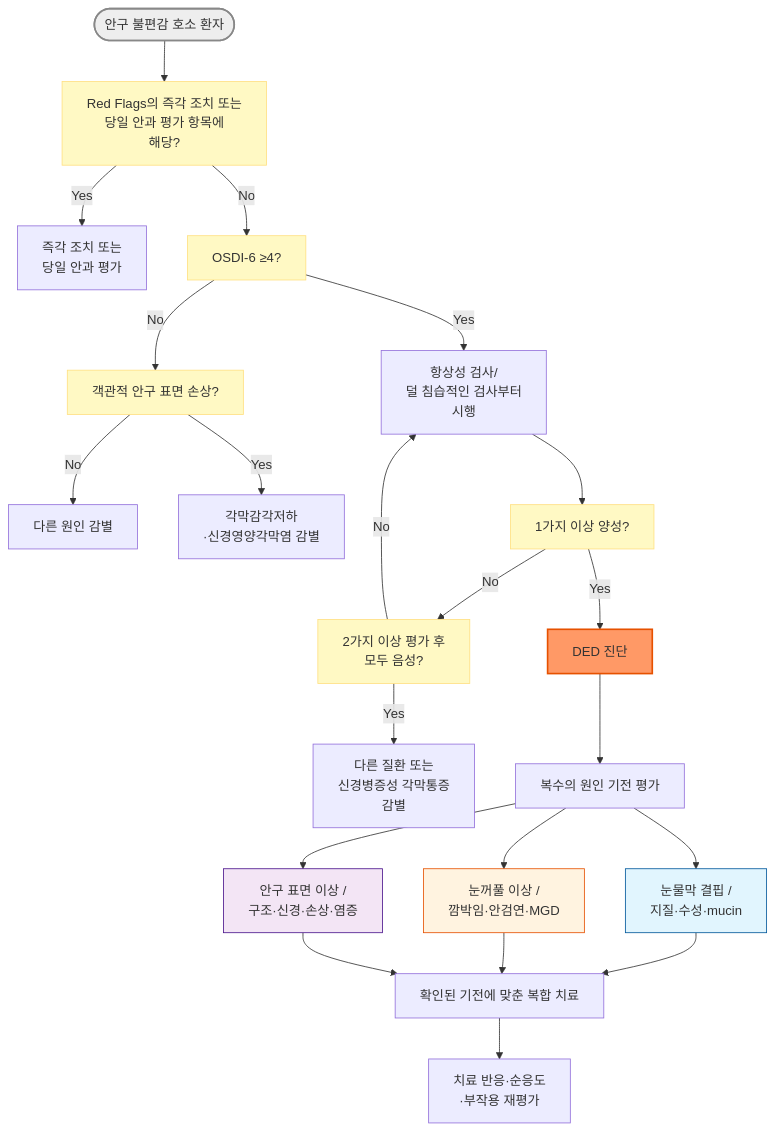
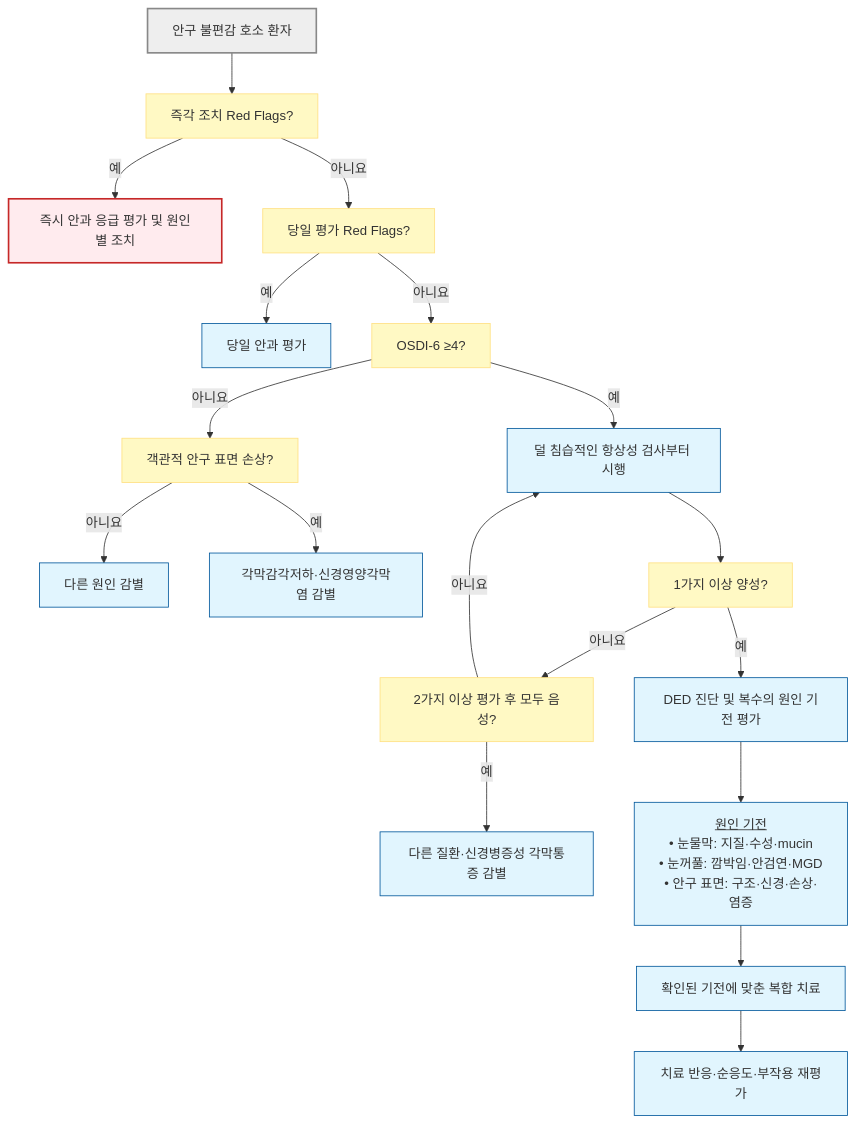
One commit to familyoh77/familyoh77 changed the diagram in 222_/042_-dry-eye.md. Above: the diagram before and after it, drawn with Mermaid. The commit also changed other lines of this file and 9 other files, not shown here.

````diff
--- a/222_/042_-dry-eye.md
+++ b/222_/042_-dry-eye.md
@@ -145,31 +145,28 @@
 ```mermaid
-graph TD
-    Start(["안구 불편감 호소 환자"])
-    Start --> RedFlag["Red Flags의 즉각 조치 또는 <br>당일 안과 평가 항목에 <br>해당?"]
-    RedFlag -- Yes --> Urgent["즉각 조치 또는 <br>당일 안과 평가"]
-    RedFlag -- No --> Screen["OSDI-6 ≥4?"]
-    Screen -- No --> Signs["객관적 안구 표면 손상?"]
-    Signs -- No --> Other["다른 원인 감별"]
-    Signs -- Yes --> Neurotrophic["각막감각저하<br>·신경영양각막염 감별"]
-    Screen -- Yes --> Homeo["항상성 검사/<br>덜 침습적인 검사부터<br>시행"]
+flowchart TD
+    Start["안구 불편감 호소 환자"] --> Emergency["즉각 조치 Red Flags?"]
+    Emergency -- "예" --> Urgent["즉시 안과 응급 평가 및 원인별 조치"]
+    Emergency -- "아니요" --> SameDay["당일 평가 Red Flags?"]
+    SameDay -- "예" --> Review["당일 안과 평가"]
+    SameDay -- "아니요" --> Screen["OSDI-6 ≥4?"]
+    Screen -- "아니요" --> Signs["객관적 안구 표면 손상?"]
+    Signs -- "아니요" --> Other["다른 원인 감별"]
+    Signs -- "예" --> Neuro["각막감각저하·신경영양각막염 감별"]
+    Screen -- "예" --> Homeo["덜 침습적인 항상성 검사부터 시행"]
     Homeo --> Positive["1가지 이상 양성?"]
-    Positive -- No --> Enough["2가지 이상 평가 후<br>모두 음성?"]
-    Enough -- No --> Homeo
-    Enough -- Yes --> Pain["다른 질환 또는 <br>신경병증성 각막통증 <br>감별"]
-    Positive -- Yes --> DED["DED 진단"]
-    DED --> Drivers["복수의 원인 기전 평가"]
-    Drivers --> Tear["눈물막 결핍 / <br>지질·수성·mucin"]
-    Drivers --> Lid["눈꺼풀 이상 / <br>깜박임·안검연·MGD"]
-    Drivers --> Surface["안구 표면 이상 / <br>구조·신경·손상·염증"]
-    Tear --> Tx["확인된 기전에 맞춘 복합 치료"]
-    Lid --> Tx
-    Surface --> Tx
-    Tx --> Follow["치료 반응·순응도<br>·부작용 재평가"]
-    style Start fill:#eeeeee,stroke:#888888,stroke-width:2px
-    classDef yellow fill:#fff9c4,stroke:#ffe082
-    class RedFlag,Screen,Signs,Positive,Enough yellow
-    style DED fill:#f96,stroke:#e65100,stroke-width:2px
-    style Tear fill:#e1f5fe,stroke:#01579b
-    style Lid fill:#fff3e0,stroke:#e65100
-    style Surface fill:#f3e5f5,stroke:#4a148c
+    Positive -- "아니요" --> Enough["2가지 이상 평가 후 모두 음성?"]
+    Enough -- "아니요" --> Homeo
+    Enough -- "예" --> Pain["다른 질환·신경병증성 각막통증 감별"]
+    Positive -- "예" --> DED["DED 진단 및 복수의 원인 기전 평가"]
+    DED --> Drivers["<u>원인 기전</u><br/>• 눈물막: 지질·수성·mucin<br/>• 눈꺼풀: 깜박임·안검연·MGD<br/>• 안구 표면: 구조·신경·손상·염증"]
+    Drivers --> Tx["확인된 기전에 맞춘 복합 치료"]
+    Tx --> Follow["치료 반응·순응도·부작용 재평가"]
+    classDef start fill:#eee,stroke:#888,stroke-width:2px
+    classDef decision fill:#fff9c4,stroke:#ffe082
+    classDef emergency fill:#ffebee,stroke:#c62828,stroke-width:2px
+    classDef process fill:#e1f5fe,stroke:#01579b
+    class Start start
+    class Emergency,SameDay,Screen,Signs,Positive,Enough decision
+    class Urgent emergency
+    class Review,Other,Neuro,Homeo,Pain,DED,Drivers,Tx,Follow process
 ```
````
